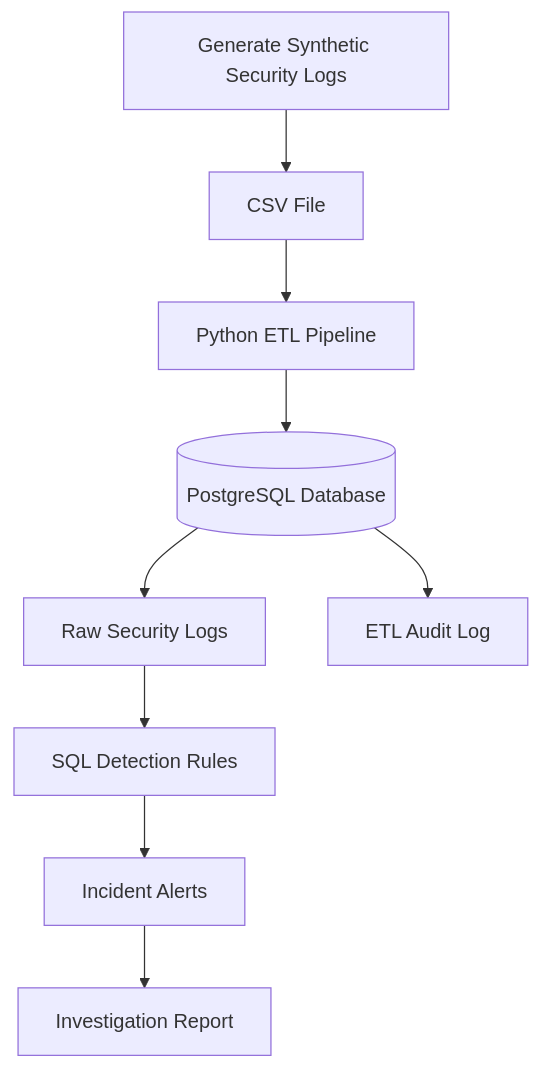
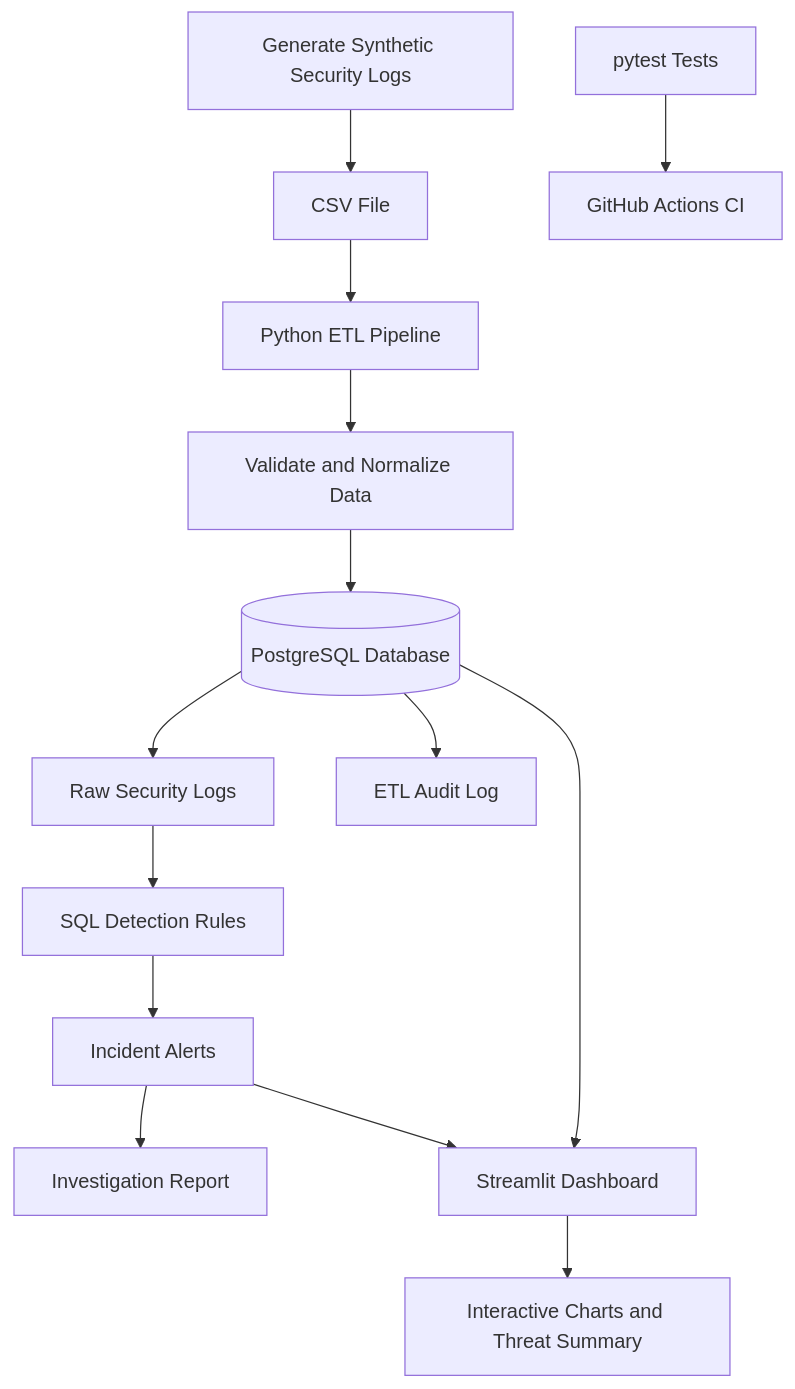
The diagram in README.md (UjwalaPadala/digital-detective), drawn with Mermaid before and after one commit. The commit also changed other lines of this file and 4 other files, not shown here.

Commit message:
Add dashboard screenshots and Streamlit dashboard

````diff
--- a/README.md
+++ b/README.md
@@ -29,11 +41,16 @@
 ```mermaid
 flowchart TD
     A[Generate Synthetic Security Logs] --> B[CSV File]
     B --> C[Python ETL Pipeline]
-    C --> D[(PostgreSQL Database)]
-    D --> E[Raw Security Logs]
-    E --> F[SQL Detection Rules]
-    F --> G[Incident Alerts]
-    D --> H[ETL Audit Log]
-    G --> I[Investigation Report]
+    C --> D[Validate and Normalize Data]
+    D --> E[(PostgreSQL Database)]
+    E --> F[Raw Security Logs]
+    F --> G[SQL Detection Rules]
+    G --> H[Incident Alerts]
+    E --> I[ETL Audit Log]
+    H --> J[Investigation Report]
+    E --> K[Streamlit Dashboard]
+    H --> K
+    K --> L[Interactive Charts and Threat Summary]
+    M[pytest Tests] --> N[GitHub Actions CI]
 ```
````
